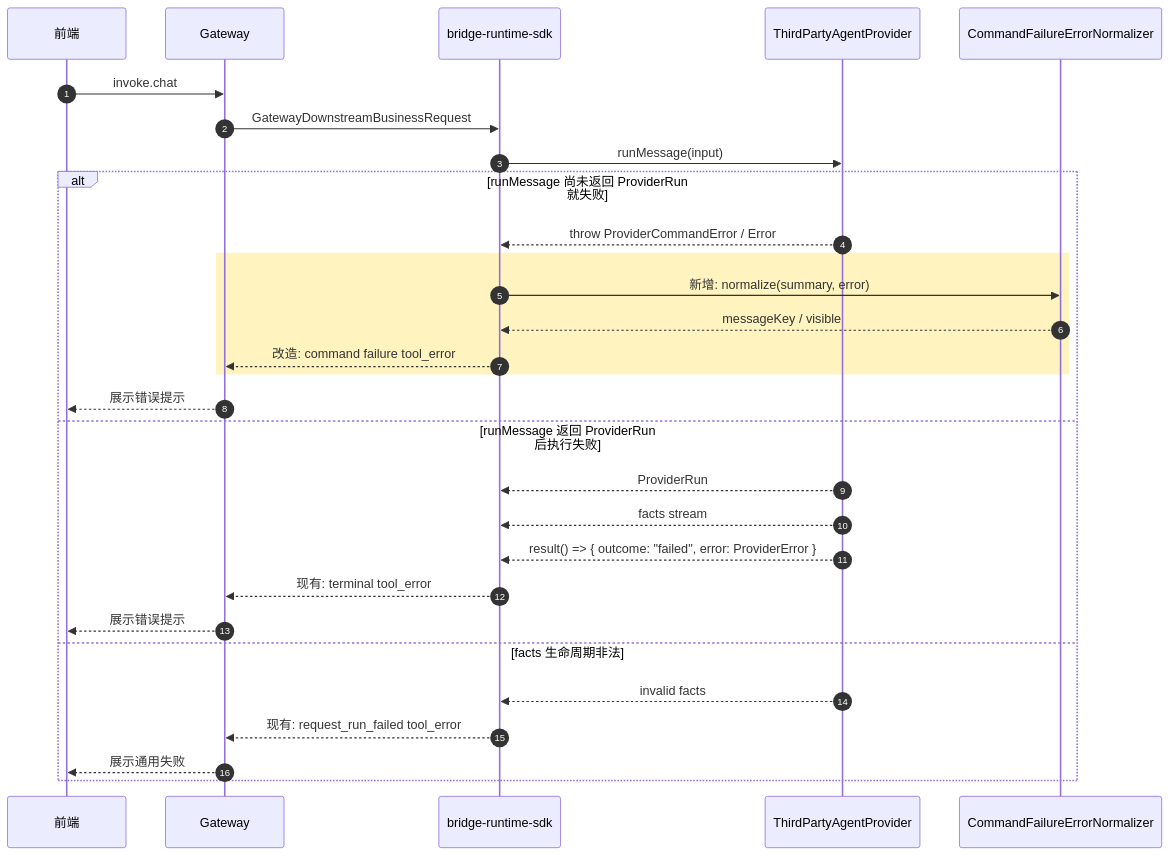
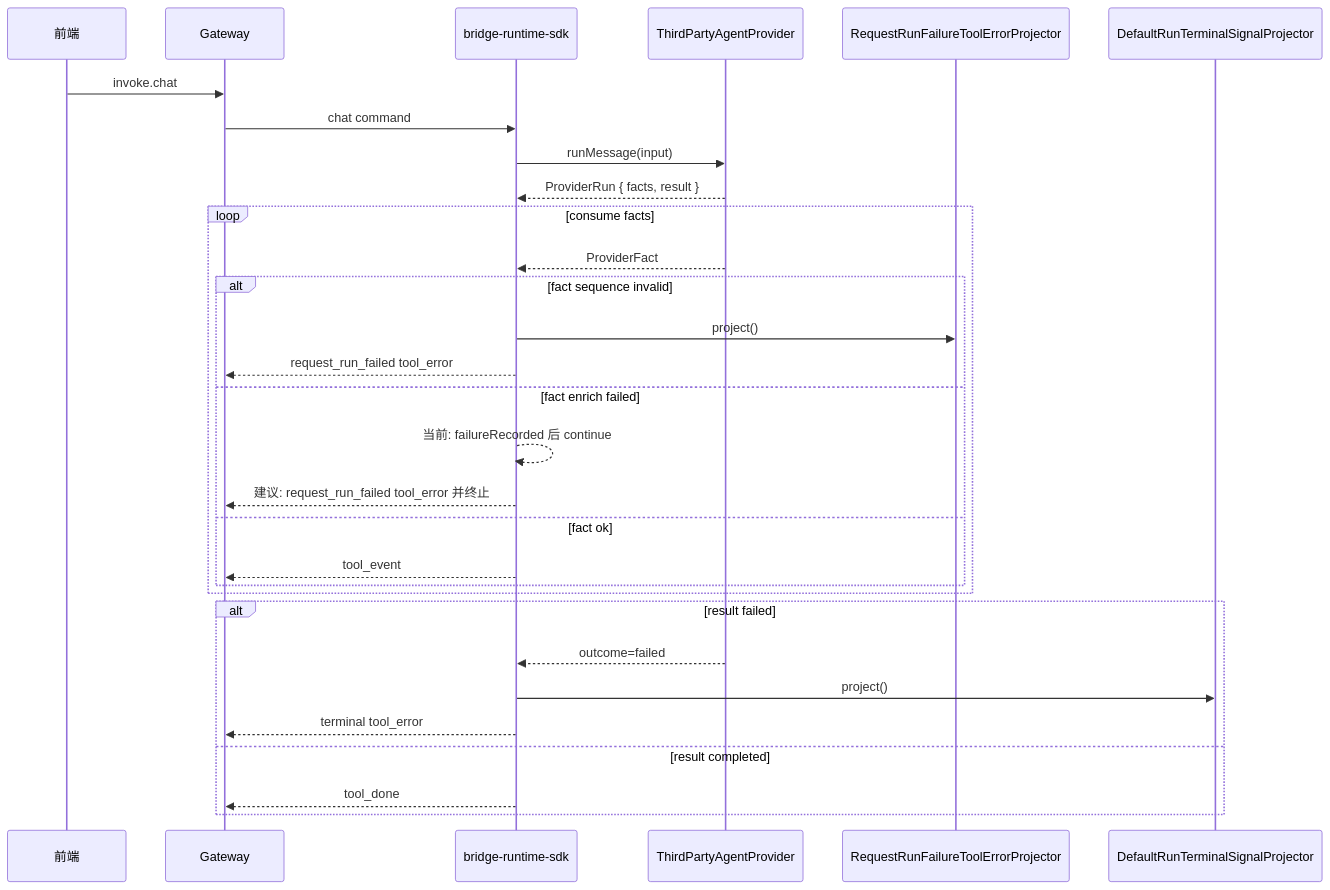
The third of 4 diagrams in docs/design/bridge-runtime-sdk-tool-error-exception-solution.md (yuzhangCZ/agent-plugin), drawn with Mermaid before and after one commit. The commit also changed other lines of this file, not shown here.

Commit message:
docs: review sdk tool_error reporting gaps

````diff
--- a/docs/design/bridge-runtime-sdk-tool-error-exception-solution.md
+++ b/docs/design/bridge-runtime-sdk-tool-error-exception-solution.md
@@ -123,32 +115,33 @@
 ```mermaid
 sequenceDiagram
-    autonumber
     participant FE as 前端
     participant GW as Gateway
     participant SDK as bridge-runtime-sdk
     participant P as ThirdPartyAgentProvider
-    participant N as CommandFailureErrorNormalizer
+    participant RF as RequestRunFailureToolErrorProjector
+    participant TF as DefaultRunTerminalSignalProjector
 
     FE->>GW: invoke.chat
-    GW->>SDK: GatewayDownstreamBusinessRequest
+    GW->>SDK: chat command
     SDK->>P: runMessage(input)
-    alt runMessage 尚未返回 ProviderRun 就失败
-        P-->>SDK: throw ProviderCommandError / Error
-        rect rgb(255, 243, 191)
-        SDK->>N: 新增: normalize(summary, error)
-        N-->>SDK: messageKey / visible
-        SDK-->>GW: 改造: command failure tool_error
+    P-->>SDK: ProviderRun { facts, result }
+    loop consume facts
+        P-->>SDK: ProviderFact
+        alt fact sequence invalid
+            SDK->>RF: project()
+            SDK-->>GW: request_run_failed tool_error
+        else fact enrich failed
+            SDK-->>SDK: 当前: failureRecorded 后 continue
+            SDK-->>GW: 建议: request_run_failed tool_error 并终止
+        else fact ok
+            SDK-->>GW: tool_event
         end
-        GW-->>FE: 展示错误提示
-    else runMessage 返回 ProviderRun 后执行失败
-        P-->>SDK: ProviderRun
-        P-->>SDK: facts stream
-        P-->>SDK: result() => { outcome: "failed", error: ProviderError }
-        SDK-->>GW: 现有: terminal tool_error
-        GW-->>FE: 展示错误提示
-    else facts 生命周期非法
-        P-->>SDK: invalid facts
-        SDK-->>GW: 现有: request_run_failed tool_error
-        GW-->>FE: 展示通用失败
+    end
+    alt result failed
+        P-->>SDK: outcome=failed
+        SDK->>TF: project()
+        SDK-->>GW: terminal tool_error
+    else result completed
+        SDK-->>GW: tool_done
     end
 ```
````
